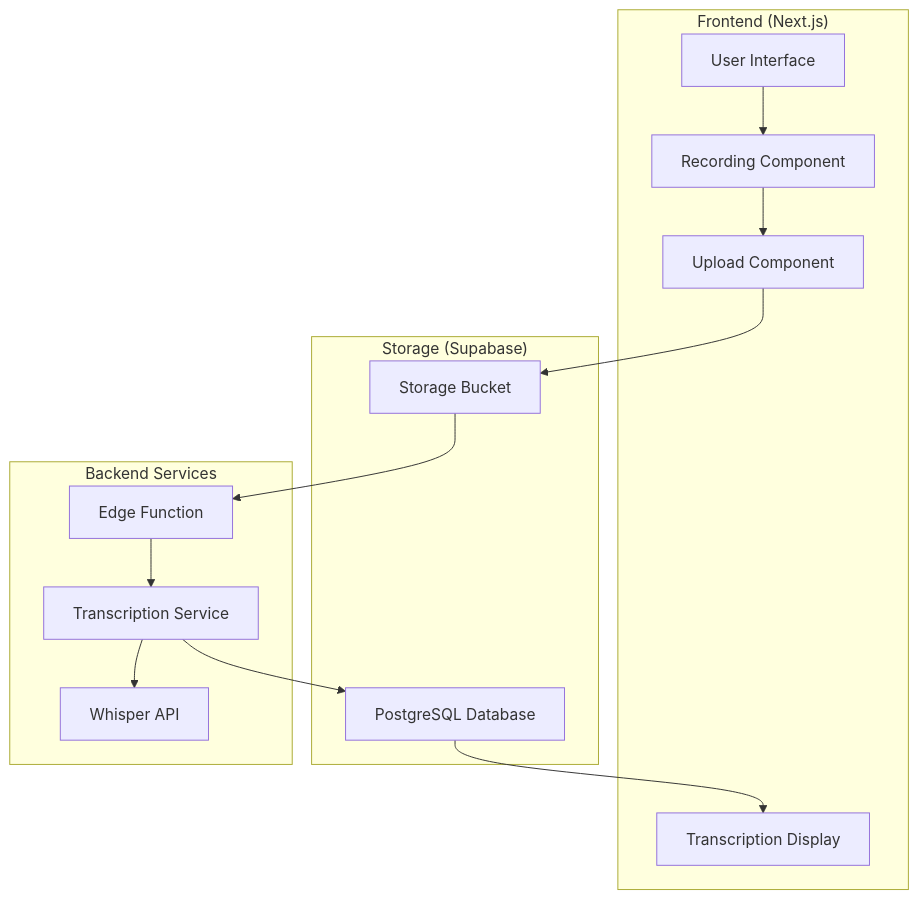
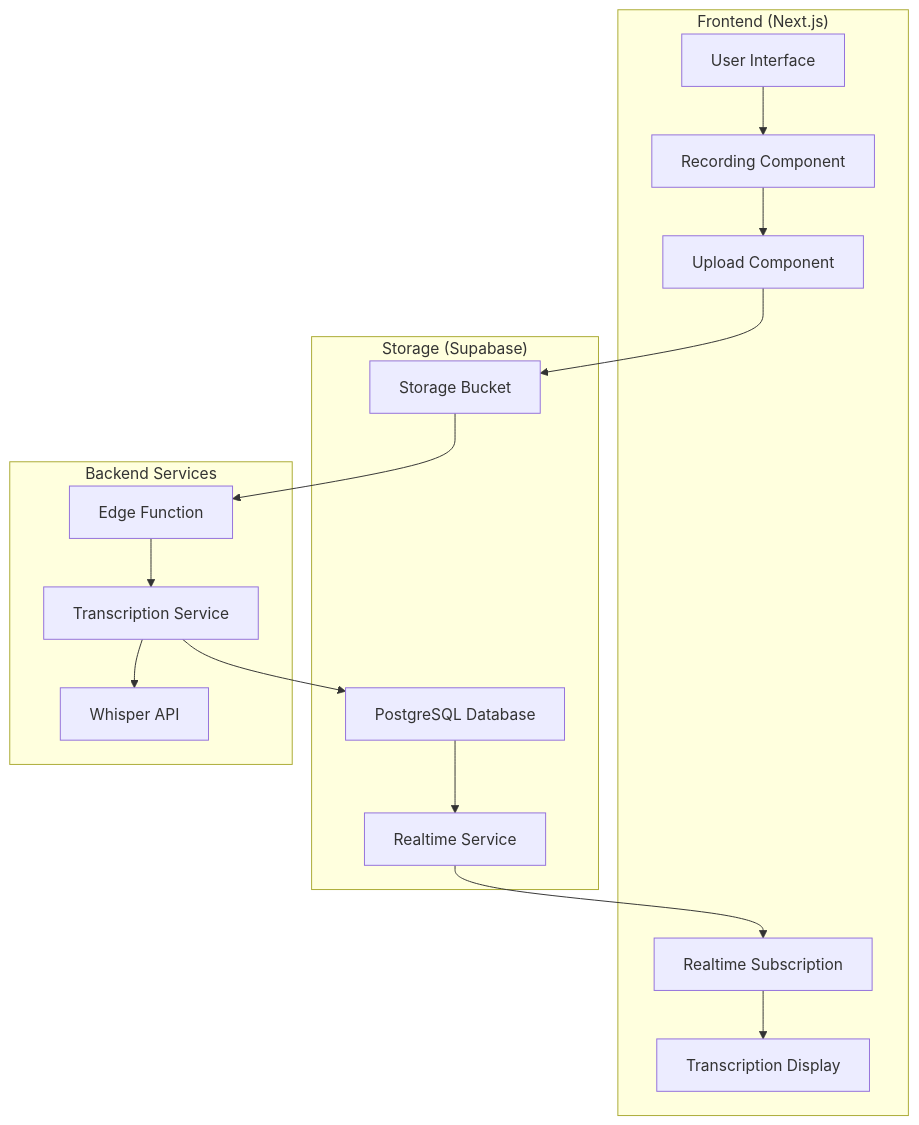
Before and after one commit to pidub-step/psynotes: the first of 2 diagrams in memory-bank/systemPatterns.md, drawn with Mermaid. The commit also changed other lines of this file and 4 other files, not shown here.

````diff
--- a/memory-bank/systemPatterns.md
+++ b/memory-bank/systemPatterns.md
@@ -7,29 +7,33 @@
 ```mermaid
 graph TD
     subgraph "Frontend (Next.js)"
         UI[User Interface]
         RC[Recording Component]
         UC[Upload Component]
         TD[Transcription Display]
+        RS[Realtime Subscription]
     end
     
     subgraph "Storage (Supabase)"
         SB[Storage Bucket]
         PG[PostgreSQL Database]
+        RT[Realtime Service]
     end
     
     subgraph "Backend Services"
         EF[Edge Function]
         TS[Transcription Service]
         WA[Whisper API]
     end
     
     UI --> RC
     RC --> UC
     UC --> SB
     SB --> EF
     EF --> TS
     TS --> WA
     TS --> PG
-    PG --> TD
+    PG --> RT
+    RT --> RS
+    RS --> TD
 ```
````
